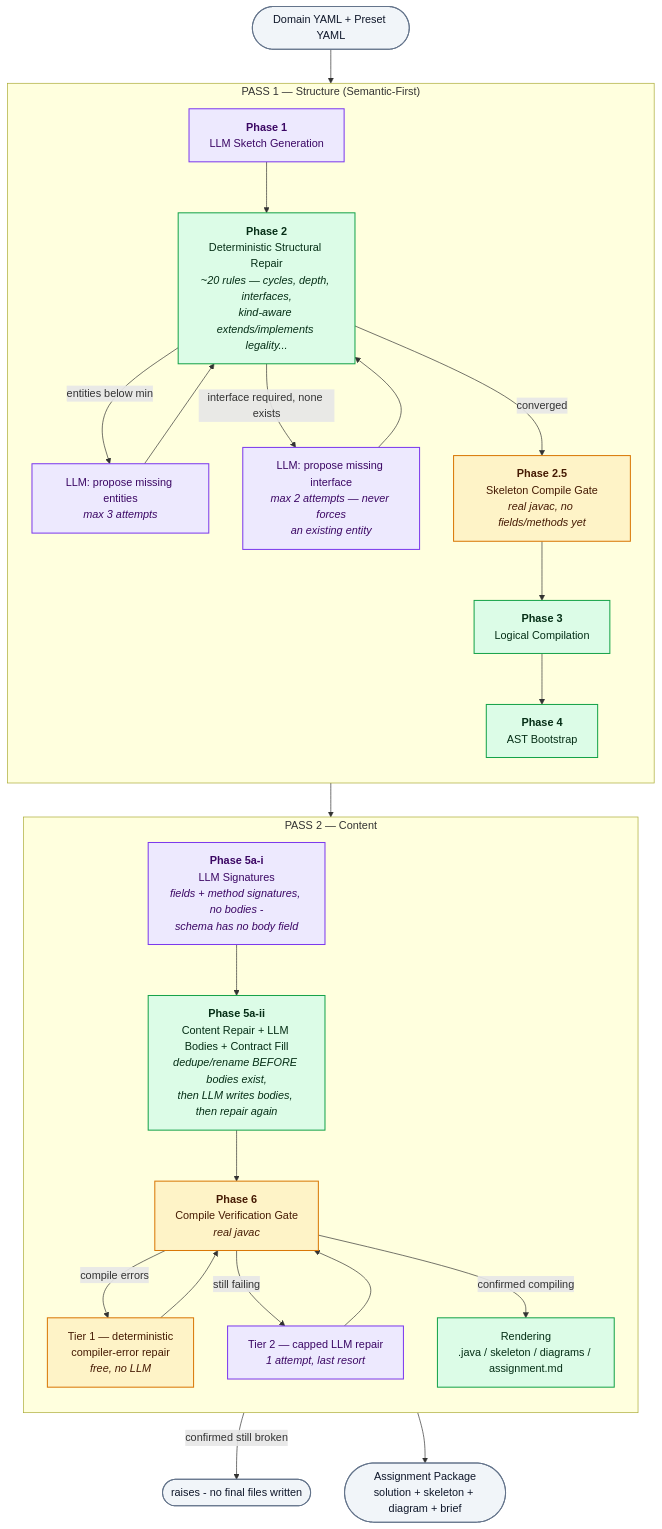
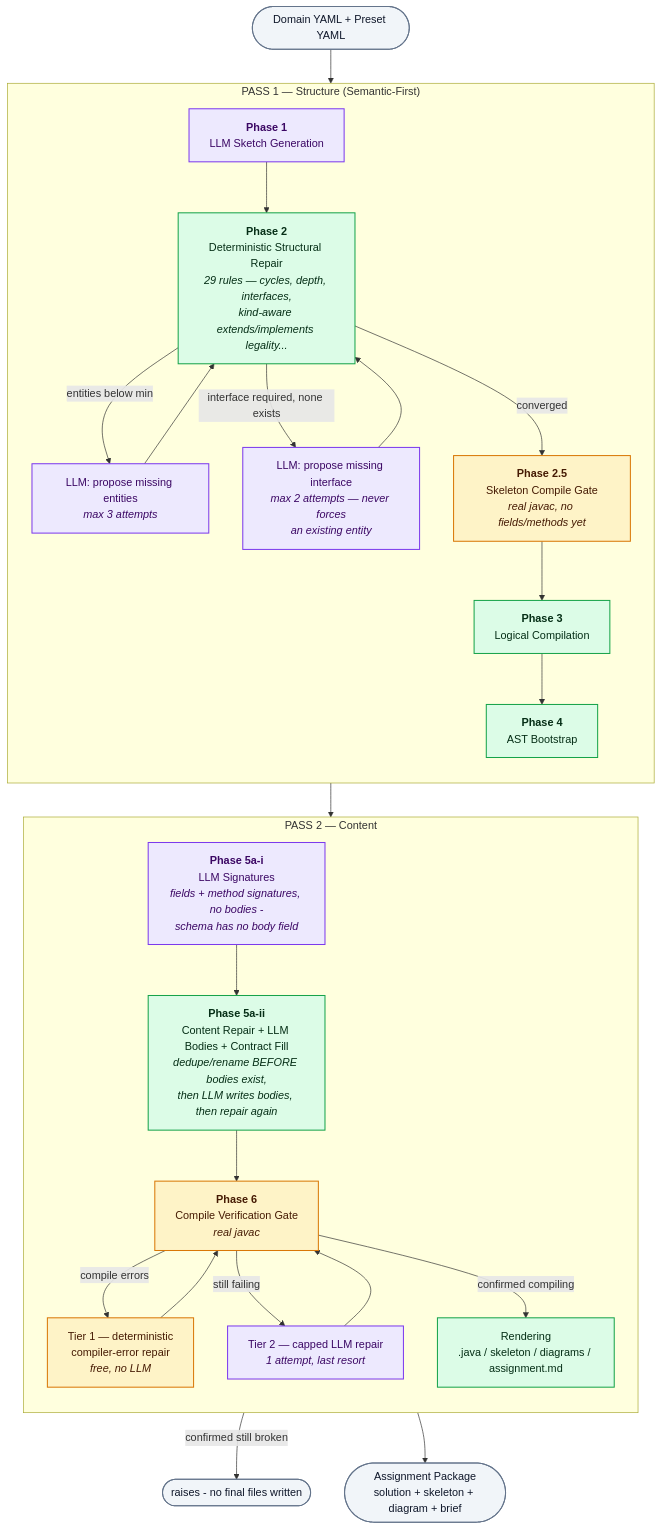
The diagram in README.md (fwnguyen-kaiser/oop-assignment-generator), drawn with Mermaid before and after one commit. The commit also changed other lines of this file and 7 other files, not shown here.

````diff
--- a/README.md
+++ b/README.md
@@ -45,48 +45,48 @@
 ```mermaid
 flowchart TD
     Start(["Domain YAML + Preset YAML"]) --> P1
 
     subgraph PASS1["PASS 1 — Structure (Semantic-First)"]
         direction TB
         P1["<b>Phase 1</b><br/>LLM Sketch Generation"]
-        P2["<b>Phase 2</b><br/>Deterministic Structural Repair<br/><i>~20 rules — cycles, depth, interfaces,<br/>kind-aware extends/implements legality...</i>"]
+        P2["<b>Phase 2</b><br/>Deterministic Structural Repair<br/><i>29 rules — cycles, depth, interfaces,<br/>kind-aware extends/implements legality...</i>"]
         P25["<b>Phase 2.5</b><br/>Skeleton Compile Gate<br/><i>real javac, no fields/methods yet</i>"]
         P1b["LLM: propose missing entities<br/><i>max 3 attempts</i>"]
         P1c["LLM: propose missing interface<br/><i>max 2 attempts — never forces<br/>an existing entity</i>"]
         P3["<b>Phase 3</b><br/>Logical Compilation"]
         P4["<b>Phase 4</b><br/>AST Bootstrap"]
     end
 
     P1 --> P2
     P2 -->|entities below min| P1b --> P2
     P2 -->|interface required, none exists| P1c --> P2
     P2 -->|converged| P25 --> P3 --> P4
 
     subgraph PASS2["PASS 2 — Content"]
         direction TB
         P5ai["<b>Phase 5a-i</b><br/>LLM Signatures<br/><i>fields + method signatures, no bodies -<br/>schema has no body field</i>"]
         P5aii["<b>Phase 5a-ii</b><br/>Content Repair + LLM Bodies + Contract Fill<br/><i>dedupe/rename BEFORE bodies exist,<br/>then LLM writes bodies, then repair again</i>"]
         P6["<b>Phase 6</b><br/>Compile Verification Gate<br/><i>real javac</i>"]
         T1["Tier 1 — deterministic<br/>compiler-error repair<br/><i>free, no LLM</i>"]
         T2["Tier 2 — capped LLM repair<br/><i>1 attempt, last resort</i>"]
         P7["Rendering<br/>.java / skeleton / diagrams / assignment.md"]
     end
 
     P4 --> P5ai --> P5aii --> P6
     P6 -->|compile errors| T1 --> P6
     P6 -->|still failing| T2 --> P6
     P6 -->|confirmed compiling| P7
     P6 -->|confirmed still broken| Refuse(["raises - no final files written"])
 
     P7 --> End(["Assignment Package<br/>solution + skeleton + diagram + brief"])
 
     classDef llm fill:#ede9fe,stroke:#7c3aed,color:#3b0764,stroke-width:1.5px;
     classDef code fill:#dcfce7,stroke:#16a34a,color:#052e16,stroke-width:1.5px;
     classDef gate fill:#fef3c7,stroke:#d97706,color:#451a03,stroke-width:1.5px;
     classDef endpoint fill:#f1f5f9,stroke:#64748b,color:#0f172a,stroke-width:1.5px;
 
     class P1,P1b,P1c,P5ai,T2 llm;
     class P2,P3,P4,P5aii,P7 code;
     class P25,P6,T1 gate;
     class Start,End,Refuse endpoint;
 ```
````
